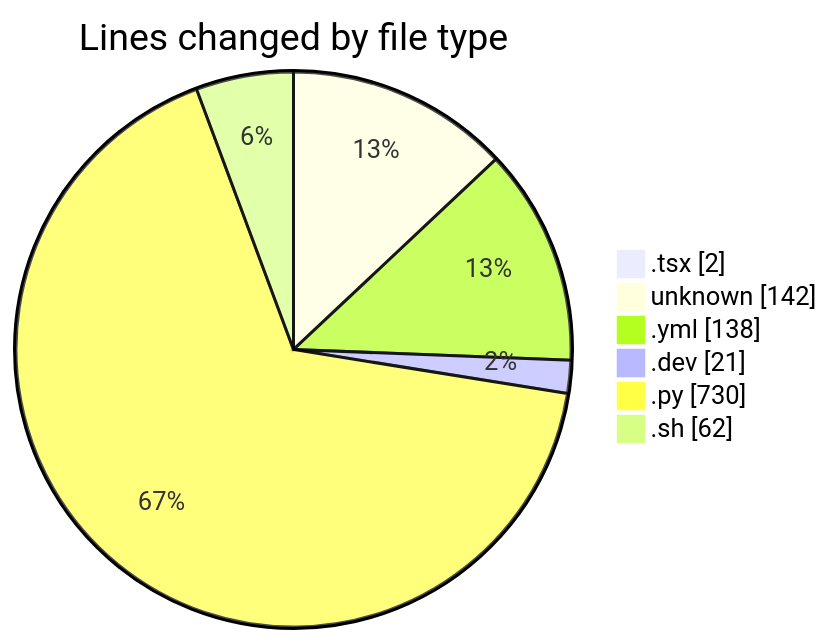
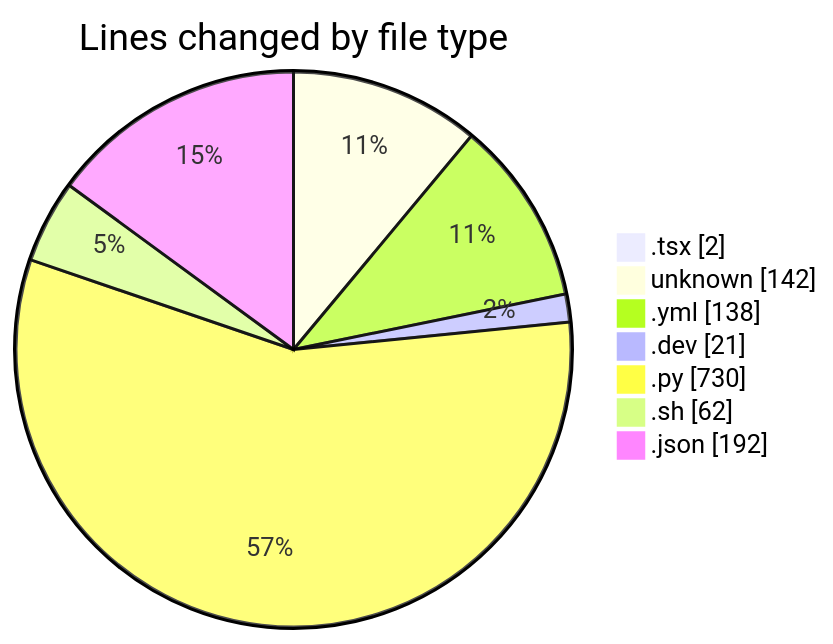
The first of 2 diagrams in 2025-05-18/niten/README.md (Elitesun/code-tracking), drawn with Mermaid before and after one commit. The commit also changed other lines of this file and 1 other file, not shown here.

````diff
--- a/2025-05-18/niten/README.md
+++ b/2025-05-18/niten/README.md
@@ -28,10 +30,11 @@
 ```mermaid
 pie showData
 title Lines changed by file type
 ".tsx" : 2
 "unknown" : 142
 ".yml" : 138
 ".dev" : 21
 ".py" : 730
 ".sh" : 62
+".json" : 192
 ```
````
